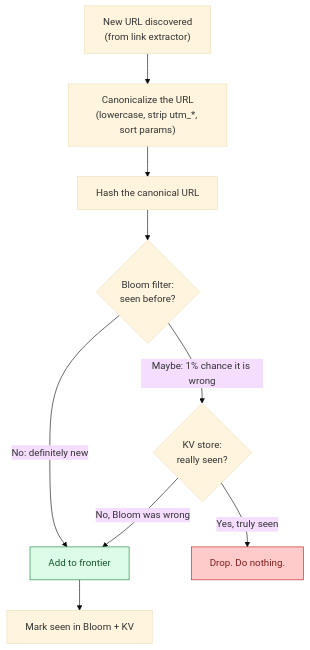
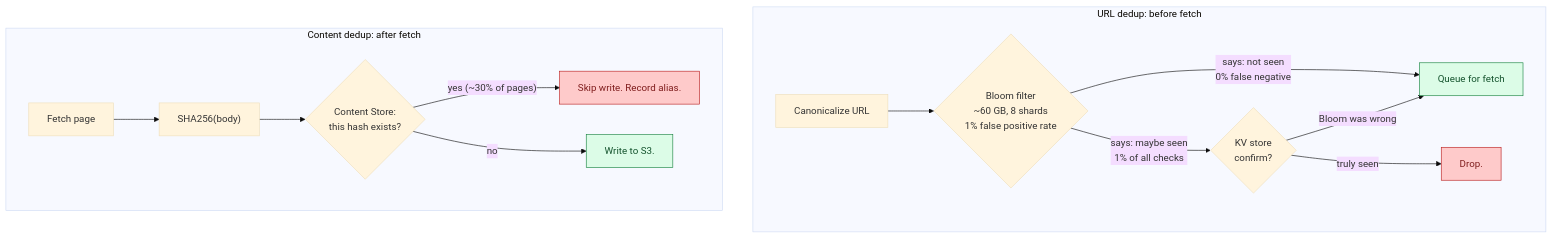
Before and after one commit to shiningflash/system-design: the ninth of 9 diagrams in problems/008-web-crawler/question.md, drawn with Mermaid (base theme). The commit also changed other lines of this file and 37 other files, not shown here.

````diff
--- a/problems/008-web-crawler/question.md
+++ b/problems/008-web-crawler/question.md
@@ -517,14 +409,20 @@
 ```mermaid
 flowchart TD
-    A["New URL discovered<br/>(from link extractor)"] --> B["Canonicalize the URL<br/>(lowercase, strip utm_*, sort params)"]
-    B --> C["Hash the canonical URL"]
-    C --> D{"Bloom filter:<br/>seen before?"}
-    D -->|"No: definitely new"| F["Add to frontier"]:::ok
-    D -->|"Maybe: 1% chance it is wrong"| E{"KV store:<br/>really seen?"}
-    E -->|"Yes, truly seen"| G["Drop. Do nothing."]:::bad
-    E -->|"No, Bloom was wrong"| F
-    F --> H["Mark seen in Bloom + KV"]
+    subgraph "URL dedup: before fetch"
+        A["Canonicalize URL"] --> B{"Bloom filter<br/>~60 GB, 8 shards<br/>1% false positive rate"}
+        B -->|"says: not seen<br/>0% false negative"| C["Queue for fetch"]:::ok
+        B -->|"says: maybe seen<br/>1% of all checks"| E{"KV store<br/>confirm?"}
+        E -->|"truly seen"| Drop["Drop."]:::bad
+        E -->|"Bloom was wrong"| C
+    end
+
+    subgraph "Content dedup: after fetch"
+        F["Fetch page"] --> G["SHA256(body)"]
+        G --> H{"Content Store:<br/>this hash exists?"}
+        H -->|"yes (~30% of pages)"| Skip["Skip write. Record alias."]:::bad
+        H -->|"no"| Write["Write to S3."]:::ok
+    end
 
     classDef ok fill:#dcfce7,stroke:#15803d,color:#14532d
     classDef bad fill:#fecaca,stroke:#b91c1c,color:#7f1d1d
 ```
````
